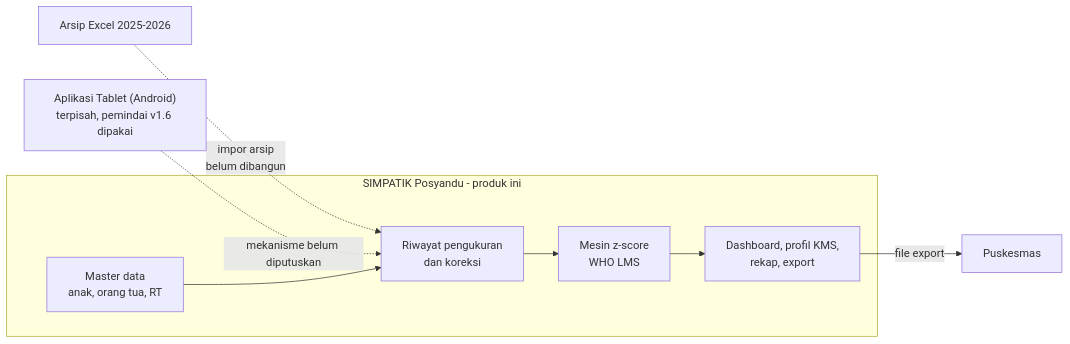
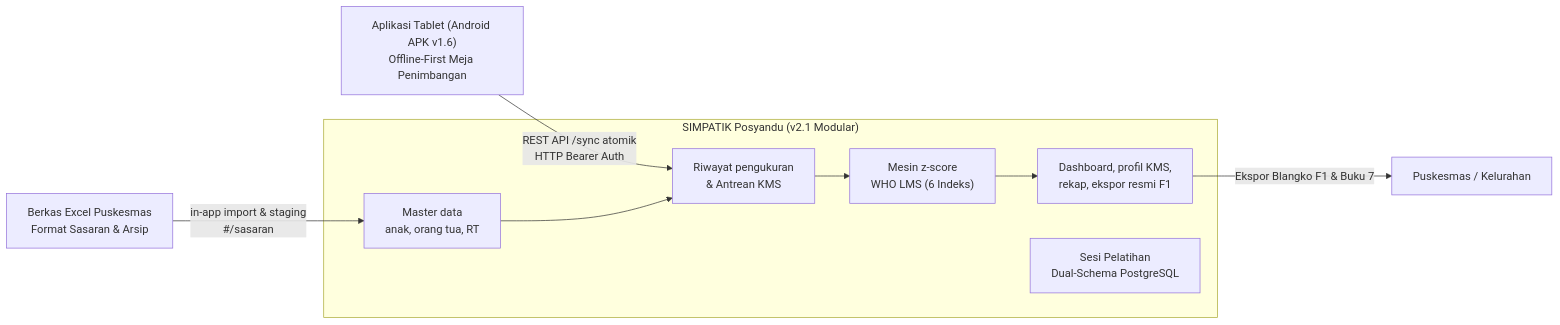
Before and after one commit to khairuonwork/kkn_posyandu_tulip: the diagram in docs/ringkasan.md, drawn with Mermaid. The commit also changed other lines of this file and 11 other files, not shown here.

````diff
--- a/docs/ringkasan.md
+++ b/docs/ringkasan.md
@@ -50,21 +52,22 @@
 ```mermaid
 flowchart LR
-    Excel["Arsip Excel 2025-2026"]
-    Tablet["Aplikasi Tablet (Android)<br/>terpisah, pemindai v1.6 dipakai"]
+    Excel["Berkas Excel Puskesmas<br/>Format Sasaran & Arsip"]
+    Tablet["Aplikasi Tablet (Android APK v1.6)<br/>Offline-First Meja Penimbangan"]
 
-    subgraph Portal["SIMPATIK Posyandu - produk ini"]
+    subgraph Portal["SIMPATIK Posyandu (v2.1 Modular)"]
         Master["Master data<br/>anak, orang tua, RT"]
-        Ukur["Riwayat pengukuran<br/>dan koreksi"]
-        Gizi["Mesin z-score<br/>WHO LMS"]
-        Lapor["Dashboard, profil KMS,<br/>rekap, export"]
+        Ukur["Riwayat pengukuran<br/>& Antrean KMS"]
+        Gizi["Mesin z-score<br/>WHO LMS (6 Indeks)"]
+        Lapor["Dashboard, profil KMS,<br/>rekap, ekspor resmi F1"]
+        Sandbox["Sesi Pelatihan<br/>Dual-Schema PostgreSQL"]
     end
 
-    Puskesmas["Puskesmas"]
+    Puskesmas["Puskesmas / Kelurahan"]
 
-    Excel -.->|"impor arsip<br/>belum dibangun"| Ukur
-    Tablet -.->|"mekanisme belum diputuskan"| Ukur
+    Excel -->|"in-app import & staging<br/>#/sasaran"| Master
+    Tablet -->|"REST API /sync atomik<br/>HTTP Bearer Auth"| Ukur
     Master --> Ukur
     Ukur --> Gizi
     Gizi --> Lapor
-    Lapor -->|"file export"| Puskesmas
+    Lapor -->|"Ekspor Blangko F1 & Buku 7"| Puskesmas
 ```
````
